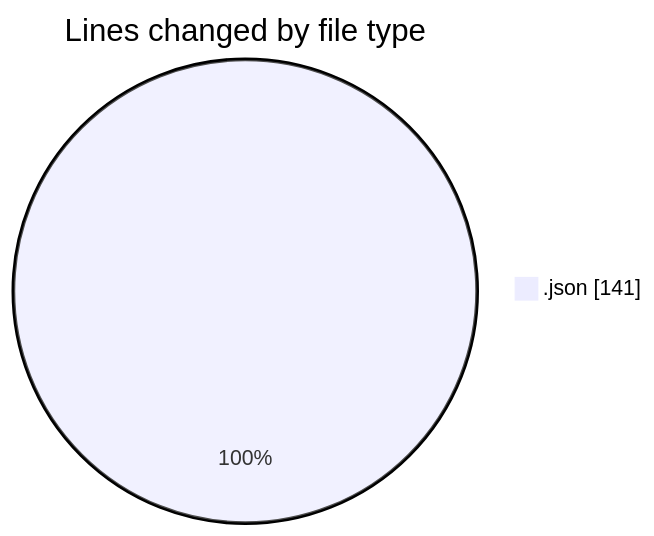
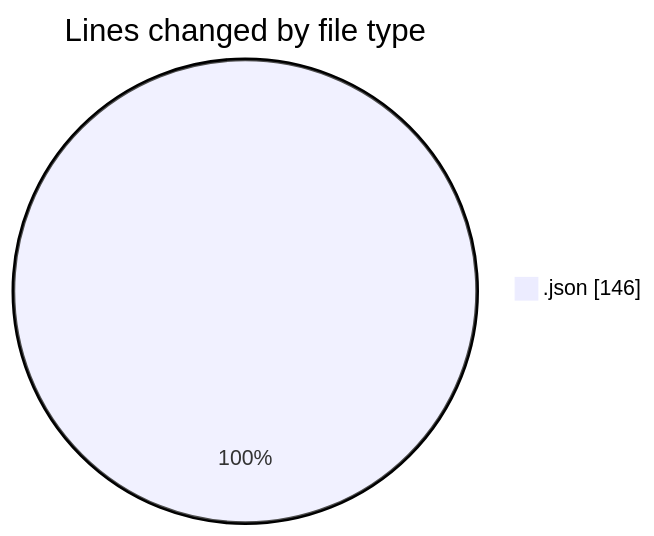
One commit to mevix1/code-tracking changed the first of 2 diagrams in 2025-10-02/oura-api/README.md. Above: the diagram before and after it, drawn with Mermaid. The commit also changed other lines of this file and 1 other file, not shown here.

````diff
--- a/2025-10-02/oura-api/README.md
+++ b/2025-10-02/oura-api/README.md
@@ -20,5 +21,5 @@
 ```mermaid
 pie showData
 title Lines changed by file type
-".json" : 141
+".json" : 146
 ```
````
